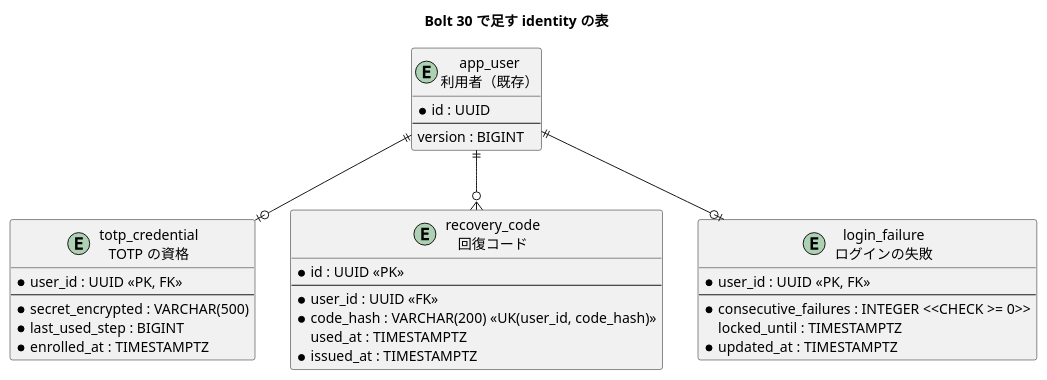
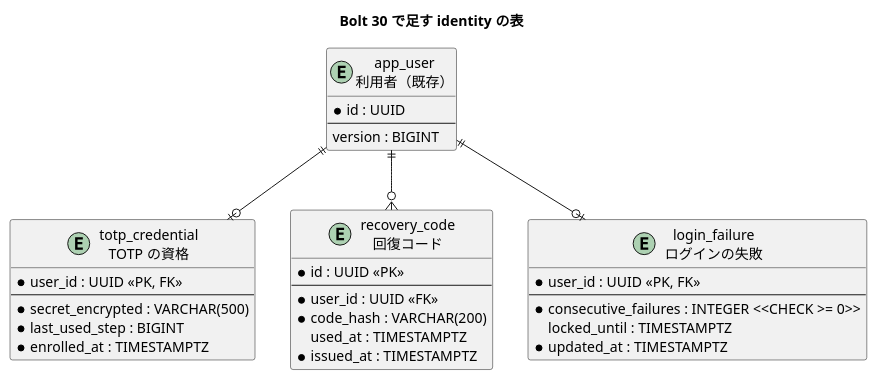
Before and after one commit to k2works/practical-domain-driven-design-in-enterpris-application: the second of 2 diagrams in docs/development/cargo-tracker/bolt_30_plan.md, drawn with PlantUML. The commit also changed other lines of this file, not shown here.

````diff
--- a/docs/development/cargo-tracker/bolt_30_plan.md
+++ b/docs/development/cargo-tracker/bolt_30_plan.md
@@ -123,35 +135,35 @@
 ```plantuml
 @startuml
 title Bolt 30 で足す identity の表
 entity "app_user\n利用者（既存）" as u {
   * id : UUID
   --
   version : BIGINT
 }
 entity "totp_credential\nTOTP の資格" as t {
   * user_id : UUID <<PK, FK>>
   --
   * secret_encrypted : VARCHAR(500)
   * last_used_step : BIGINT
   * enrolled_at : TIMESTAMPTZ
 }
 entity "recovery_code\n回復コード" as r {
   * id : UUID <<PK>>
   --
   * user_id : UUID <<FK>>
-  * code_hash : VARCHAR(200) <<UK(user_id, code_hash)>>
+  * code_hash : VARCHAR(200)
   used_at : TIMESTAMPTZ
   * issued_at : TIMESTAMPTZ
 }
 entity "login_failure\nログインの失敗" as f {
   * user_id : UUID <<PK, FK>>
   --
   * consecutive_failures : INTEGER <<CHECK >= 0>>
   locked_until : TIMESTAMPTZ
   * updated_at : TIMESTAMPTZ
 }
 u ||--o| t
 u ||--o{ r
 u ||--o| f
 @enduml
 ```
````
